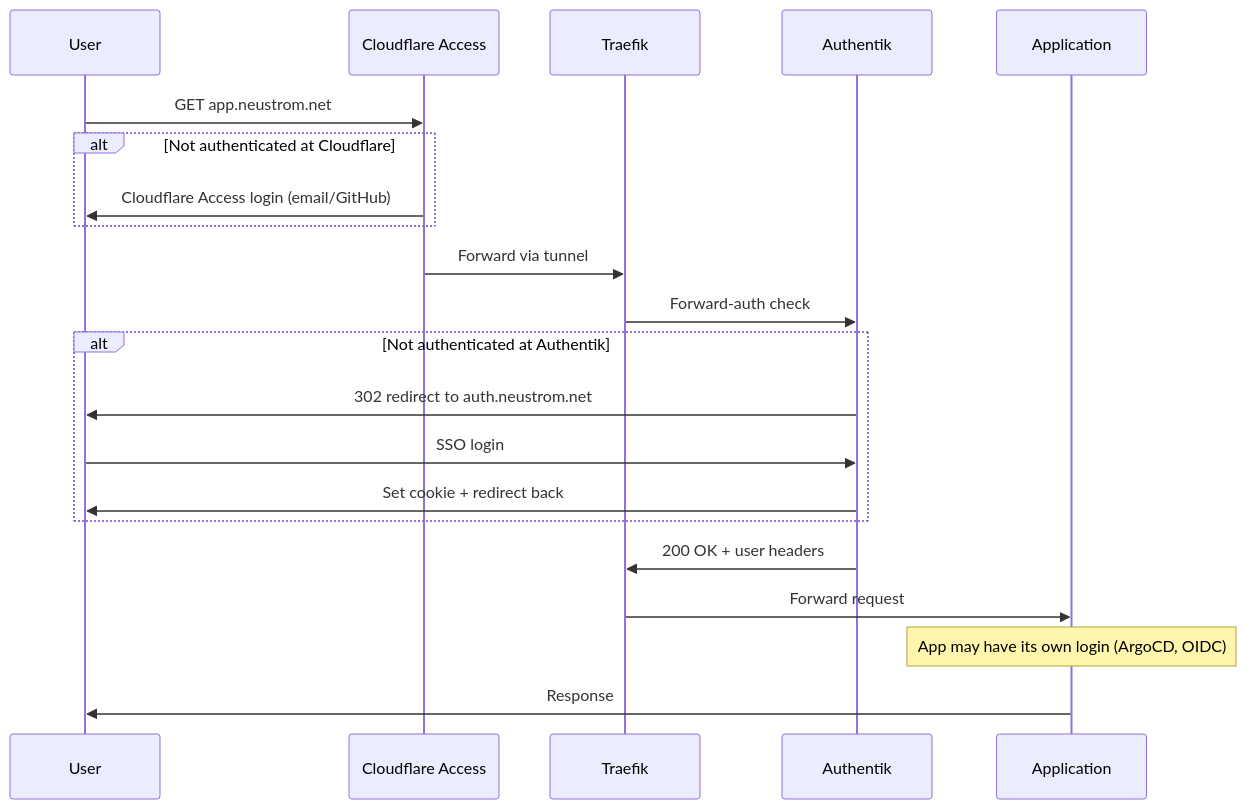
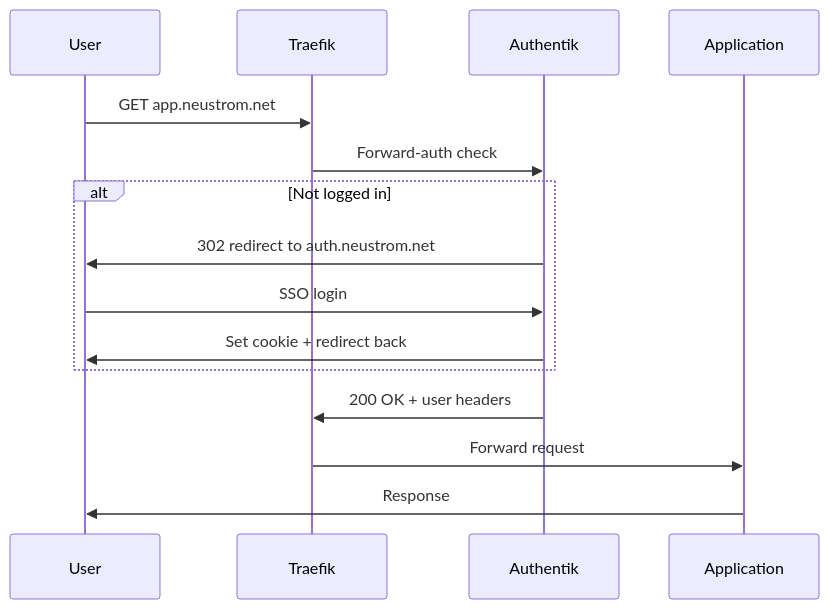
Before and after one commit to golgor/home-lab: the second of 3 diagrams in docs/guides/security-hardening.md, drawn with Mermaid. The commit also changed other lines of this file, not shown here.

````diff
--- a/docs/guides/security-hardening.md
+++ b/docs/guides/security-hardening.md
@@ -75,24 +79,18 @@
 ```mermaid
 sequenceDiagram
     participant User
-    participant CF as Cloudflare Access
     participant Traefik
     participant Authentik
     participant App as Application
 
-    User->>CF: GET app.neustrom.net
-    alt Not authenticated at Cloudflare
-        CF->>User: Cloudflare Access login (email/GitHub)
-    end
-    CF->>Traefik: Forward via tunnel
+    User->>Traefik: GET app.neustrom.net
     Traefik->>Authentik: Forward-auth check
-    alt Not authenticated at Authentik
+    alt Not logged in
         Authentik->>User: 302 redirect to auth.neustrom.net
         User->>Authentik: SSO login
         Authentik->>User: Set cookie + redirect back
     end
     Authentik->>Traefik: 200 OK + user headers
     Traefik->>App: Forward request
-    Note over App: App may have its own login (ArgoCD, OIDC)
     App->>User: Response
 ```
````
